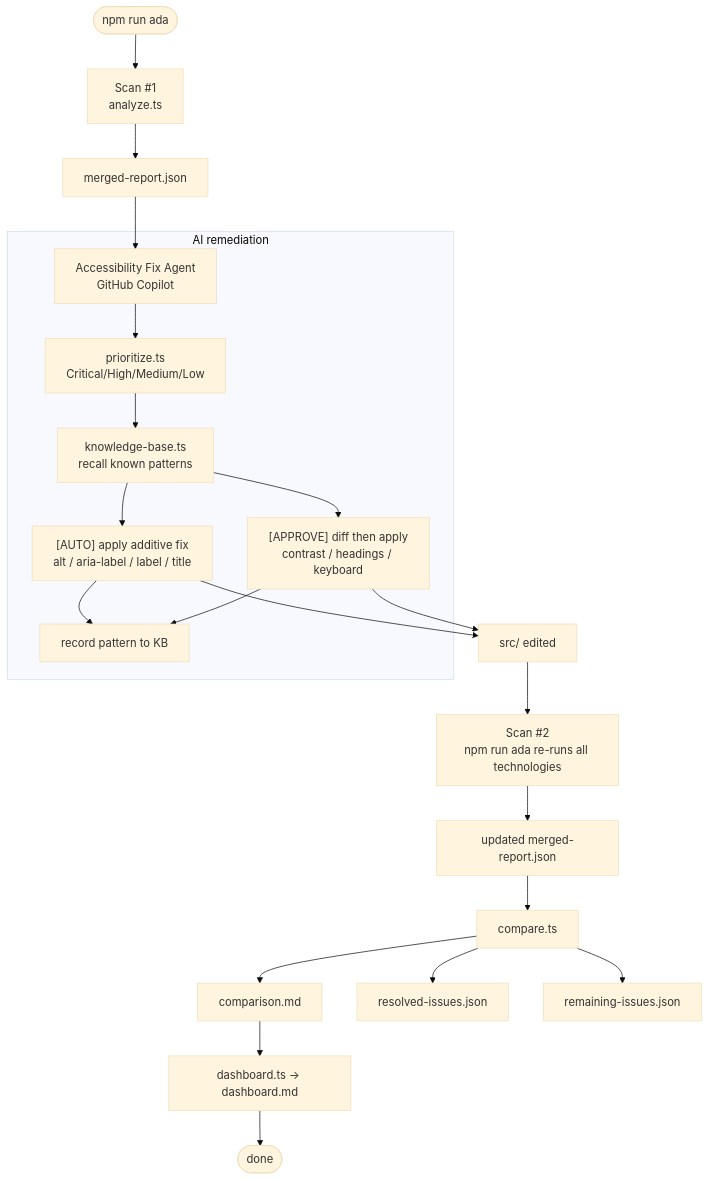
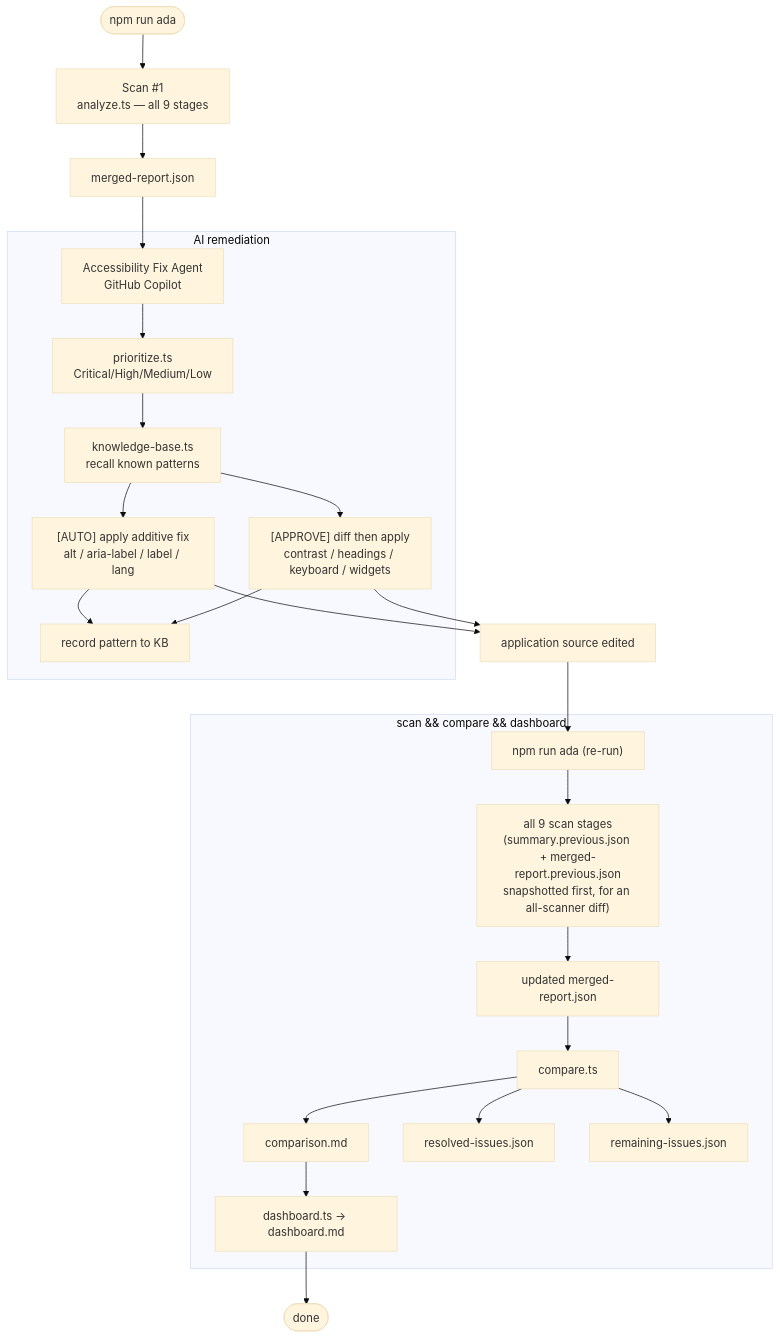
One commit to vivek1952p/GiftApp changed the fifth of 8 diagrams in ADA Harness/ARCHITECTURE.md. Above: the diagram before and after it, drawn with Mermaid (base theme). The commit also changed other lines of this file and 60 other files, not shown here.

````diff
--- a/ADA Harness/ARCHITECTURE.md
+++ b/ADA Harness/ARCHITECTURE.md
@@ -142,26 +244,29 @@
 ```mermaid
 flowchart TD
-    START([npm run ada]) --> SCAN1[Scan #1<br/>analyze.ts]
+    START([npm run ada]) --> SCAN1[Scan #1<br/>analyze.ts — all 9 stages]
     SCAN1 --> MR1[merged-report.json]
 
     MR1 --> AGENT[Accessibility Fix Agent<br/>GitHub Copilot]
     subgraph FIXER["AI remediation"]
         AGENT --> PRI["prioritize.ts<br/>Critical/High/Medium/Low"]
         PRI --> KB["knowledge-base.ts<br/>recall known patterns"]
-        KB --> AUTO["[AUTO] apply additive fix<br/>alt / aria-label / label / title"]
-        KB --> APPROVE["[APPROVE] diff then apply<br/>contrast / headings / keyboard"]
+        KB --> AUTO["[AUTO] apply additive fix<br/>alt / aria-label / label / lang"]
+        KB --> APPROVE["[APPROVE] diff then apply<br/>contrast / headings / keyboard / widgets"]
         AUTO --> RECORD["record pattern to KB"]
         APPROVE --> RECORD
     end
-    AUTO --> SRC["src/ edited"]
+    AUTO --> SRC["application source edited"]
     APPROVE --> SRC
 
-    SRC --> SCAN2["Scan #2<br/>npm run ada re-runs all technologies"]
-    SCAN2 --> MR2["updated merged-report.json"]
-    MR2 --> CMP[compare.ts]
-    CMP --> CMPMD[comparison.md]
-    CMP --> RES[resolved-issues.json]
-    CMP --> REM[remaining-issues.json]
-    CMPMD --> DASH2["dashboard.ts → dashboard.md"]
+    SRC --> SCAN2["npm run ada (re-run)"]
+    subgraph ADA2["scan && compare && dashboard"]
+        SCAN2 --> S9["all 9 scan stages<br/>(summary.previous.json + merged-report.previous.json<br/>snapshotted first, for an all-scanner diff)"]
+        S9 --> MR2["updated merged-report.json"]
+        MR2 --> CMP[compare.ts]
+        CMP --> CMPMD[comparison.md]
+        CMP --> RES[resolved-issues.json]
+        CMP --> REM[remaining-issues.json]
+        CMPMD --> DASH2["dashboard.ts → dashboard.md"]
+    end
     DASH2 --> END([done])
 ```
````
